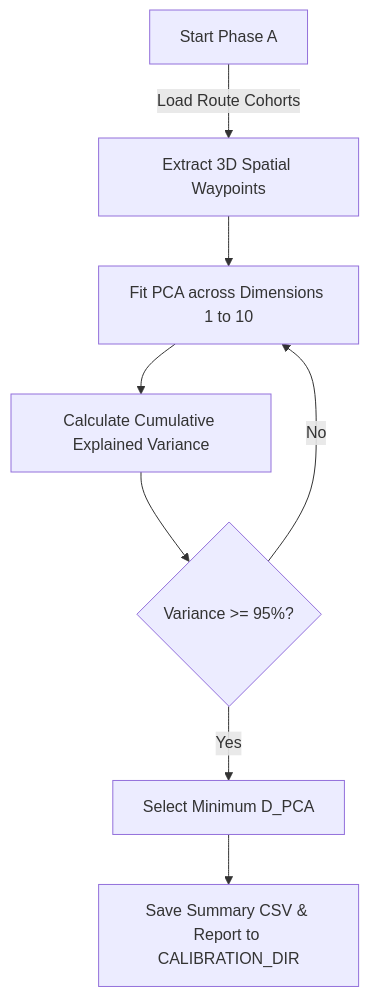
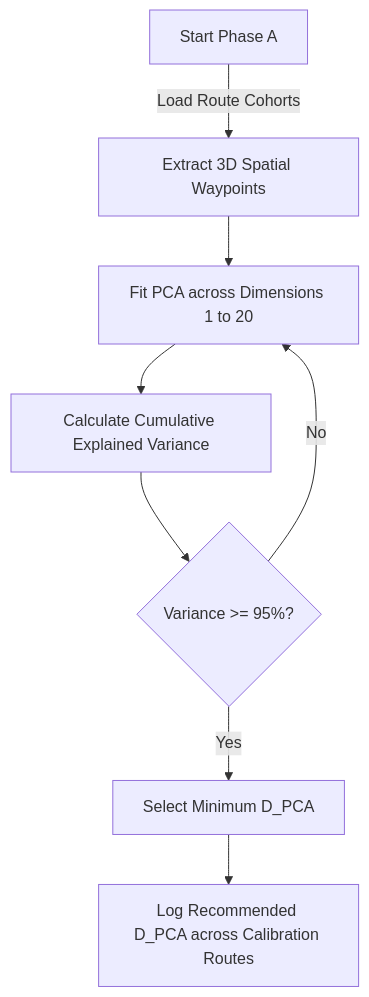
The first of 2 diagrams in src/analysis/campaigns/variational/README.md (Bauzement123/flight-physics-pipeline), drawn with Mermaid before and after one commit. The commit also changed other lines of this file and 16 other files, not shown here.

````diff
--- a/src/analysis/campaigns/variational/README.md
+++ b/src/analysis/campaigns/variational/README.md
@@ -61,10 +62,10 @@
 ```mermaid
 flowchart TD
     A[Start Phase A] -->|Load Route Cohorts| B[Extract 3D Spatial Waypoints]
-    B --> C[Fit PCA across Dimensions 1 to 10]
+    B --> C[Fit PCA across Dimensions 1 to 20]
     C --> D[Calculate Cumulative Explained Variance]
     D --> E{Variance >= 95%?}
     E -->|Yes| F[Select Minimum D_PCA]
     E -->|No| C
-    F --> G[Save Summary CSV & Report to CALIBRATION_DIR]
+    F --> G[Log Recommended D_PCA across Calibration Routes]
 ```
````
